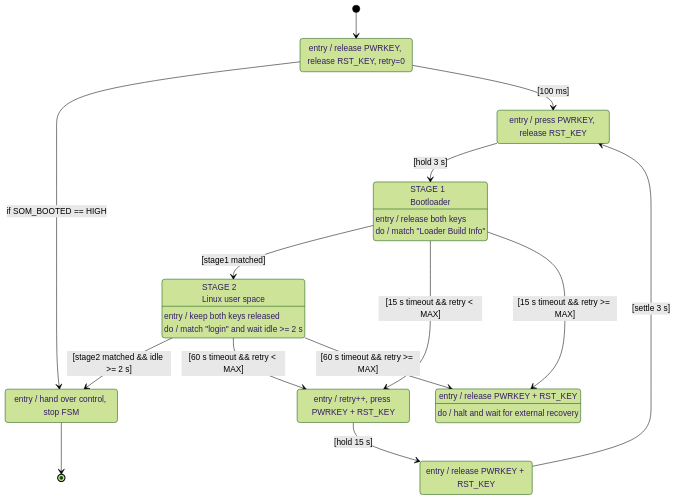
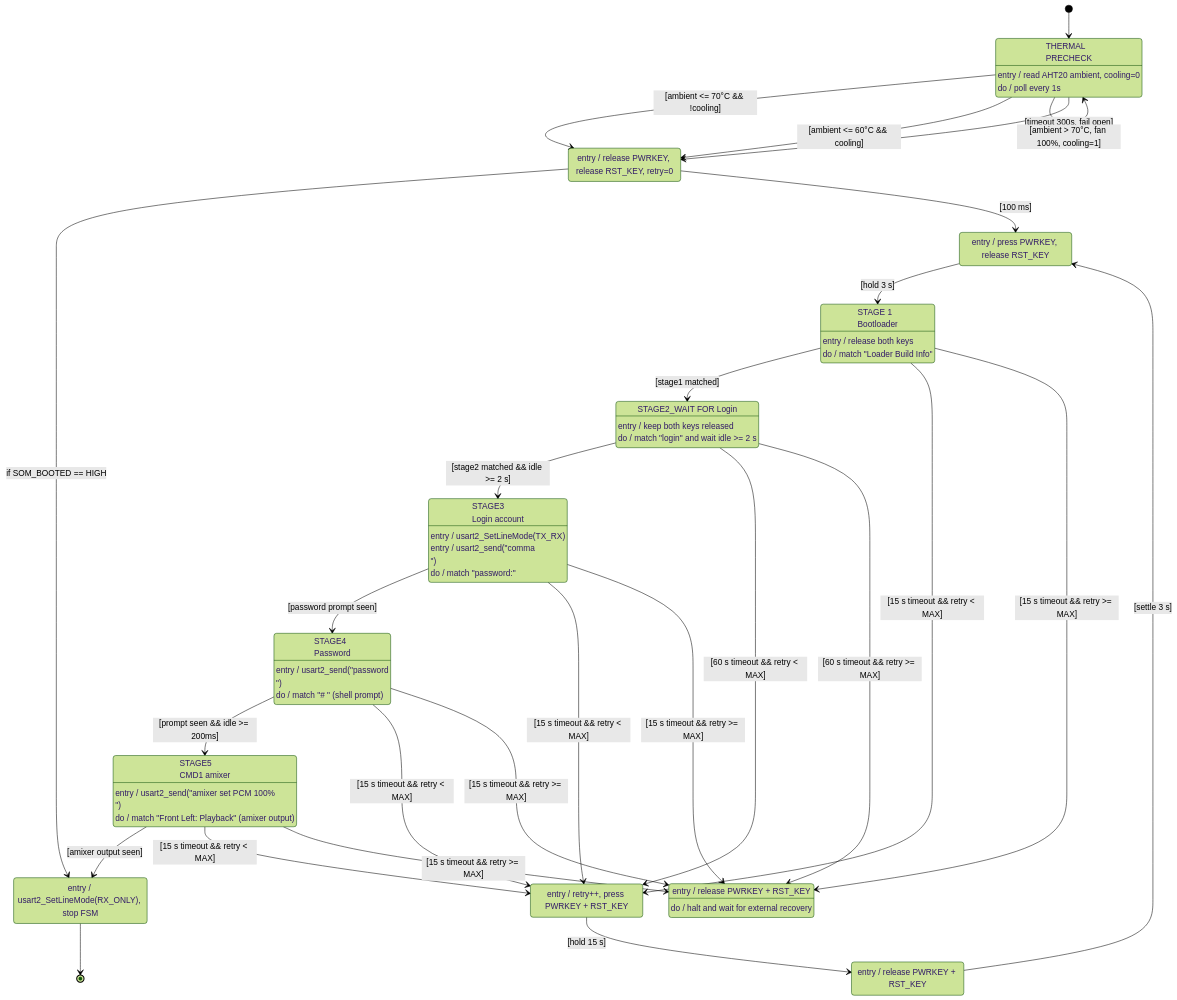
One commit to Vkd4U2NtVkZOVg/py32_control changed diagram 11 of 15 in WORKLOG.md. Above: the diagram before and after it, drawn with Mermaid (forest theme). The commit also changed other lines of this file, not shown here.

First line of the commit message:
docs: Fix SDM845 stage3-5 state machine with real matcher targets

````diff
--- a/WORKLOG.md
+++ b/WORKLOG.md
@@ -826,39 +826,69 @@
 ```mermaid
 stateDiagram-v2
     direction TB
 
-    [*] --> POWER_ON_WAIT
+    [*] --> THERMAL_PRECHECK
+
+    state "THERMAL\nPRECHECK" as THERMAL_PRECHECK
+    THERMAL_PRECHECK : entry / read AHT20 ambient, cooling=0
+    THERMAL_PRECHECK : do / poll every 1s
+    THERMAL_PRECHECK --> POWER_ON_WAIT : [ambient <= 70°C && !cooling]
+    THERMAL_PRECHECK --> POWER_ON_WAIT : [ambient <= 60°C && cooling]
+    THERMAL_PRECHECK --> POWER_ON_WAIT : [timeout 300s, fail open]
+    THERMAL_PRECHECK --> THERMAL_PRECHECK : [ambient > 70°C, fan 100%, cooling=1]
 
     POWER_ON_WAIT : entry / release PWRKEY, release RST_KEY, retry=0
     POWER_ON_WAIT --> BOOT_SUCCESS: if SOM_BOOTED == HIGH
     POWER_ON_WAIT --> PWR_PRESS : [100 ms]
 
     PWR_PRESS : entry / press PWRKEY, release RST_KEY
     PWR_PRESS --> BOOT_CHECK : [hold 3 s]
 
     state "STAGE 1\nBootloader" as BOOT_CHECK
     BOOT_CHECK : entry / release both keys
     BOOT_CHECK : do / match "Loader Build Info"
     BOOT_CHECK --> STAGE2_WAIT : [stage1 matched]
     BOOT_CHECK --> BOOT_RESET : [15 s timeout && retry < MAX]
     BOOT_CHECK --> STRAP_FAIL : [15 s timeout && retry >= MAX]
 
-    state "STAGE 2\nLinux user space" as STAGE2_WAIT
+    state "STAGE2_WAIT FOR Login" as STAGE2_WAIT
     STAGE2_WAIT : entry / keep both keys released
     STAGE2_WAIT : do / match "login" and wait idle >= 2 s
-    STAGE2_WAIT --> BOOT_SUCCESS : [stage2 matched && idle >= 2 s]
+    STAGE2_WAIT --> STAGE3_WAIT : [stage2 matched && idle >= 2 s]
     STAGE2_WAIT --> BOOT_RESET : [60 s timeout && retry < MAX]
     STAGE2_WAIT --> STRAP_FAIL : [60 s timeout && retry >= MAX]
 
-    BOOT_SUCCESS : entry / hand over control, stop FSM
+    state "STAGE3\nLogin account" as STAGE3_WAIT
+    STAGE3_WAIT : entry / usart2_SetLineMode(TX_RX)
+    STAGE3_WAIT : entry / usart2_send("comma\n")
+    STAGE3_WAIT : do / match "password:"
+    STAGE3_WAIT --> STAGE4_WAIT : [password prompt seen]
+    STAGE3_WAIT --> BOOT_RESET : [15 s timeout && retry < MAX]
+    STAGE3_WAIT --> STRAP_FAIL : [15 s timeout && retry >= MAX]
+
+    state "STAGE4\nPassword" as STAGE4_WAIT
+    STAGE4_WAIT : entry / usart2_send("password\n")
+    STAGE4_WAIT : do / match "# " (shell prompt)
+    STAGE4_WAIT --> STAGE5_WAIT : [prompt seen && idle >= 200ms]
+    STAGE4_WAIT --> BOOT_RESET : [15 s timeout && retry < MAX]
+    STAGE4_WAIT --> STRAP_FAIL : [15 s timeout && retry >= MAX]
+
+    state "STAGE5\nCMD1 amixer" as STAGE5_WAIT
+    STAGE5_WAIT : entry / usart2_send("amixer set PCM 100%\n")
+    STAGE5_WAIT : do / match "Front Left: Playback" (amixer output)
+    STAGE5_WAIT --> BOOT_SUCCESS : [amixer output seen]
+    STAGE5_WAIT --> BOOT_RESET : [15 s timeout && retry < MAX]
+    STAGE5_WAIT --> STRAP_FAIL : [15 s timeout && retry >= MAX]
+
+    BOOT_SUCCESS : entry / usart2_SetLineMode(RX_ONLY), stop FSM
     BOOT_SUCCESS --> [*]
 
     BOOT_RESET : entry / retry++, press PWRKEY + RST_KEY
     BOOT_RESET --> PMIC_SETTLE : [hold 15 s]
 
     PMIC_SETTLE : entry / release PWRKEY + RST_KEY
     PMIC_SETTLE --> PWR_PRESS : [settle 3 s]
 
     STRAP_FAIL : entry / release PWRKEY + RST_KEY
     STRAP_FAIL : do / halt and wait for external recovery
 ```
````
